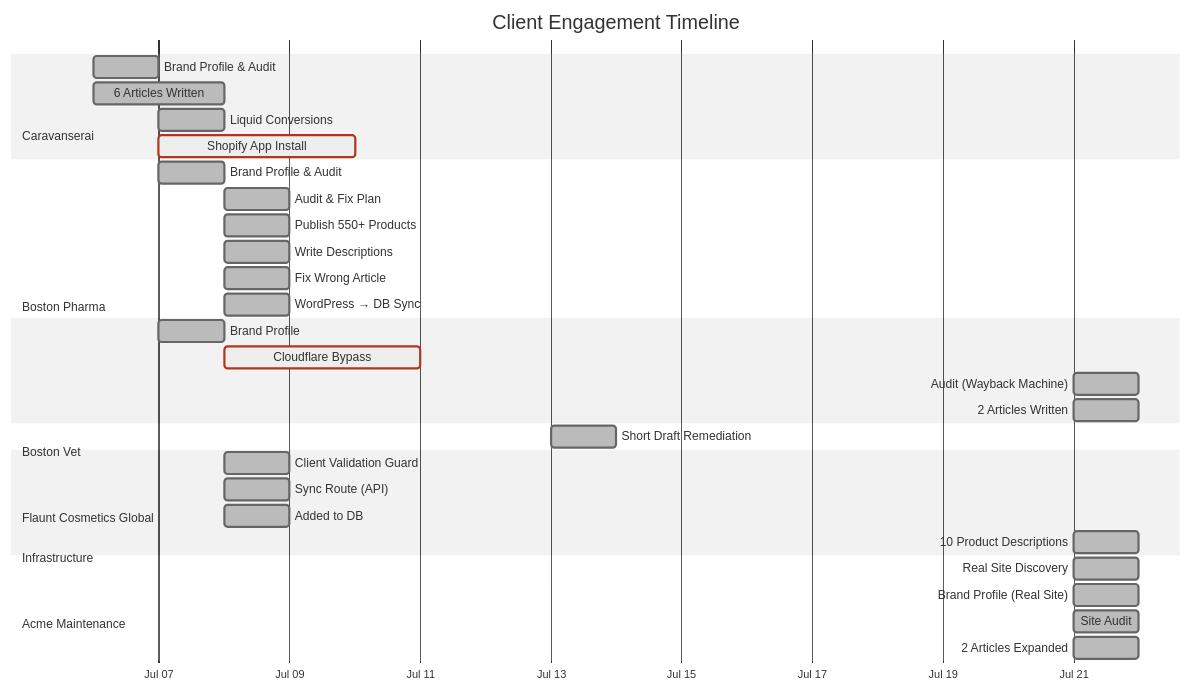
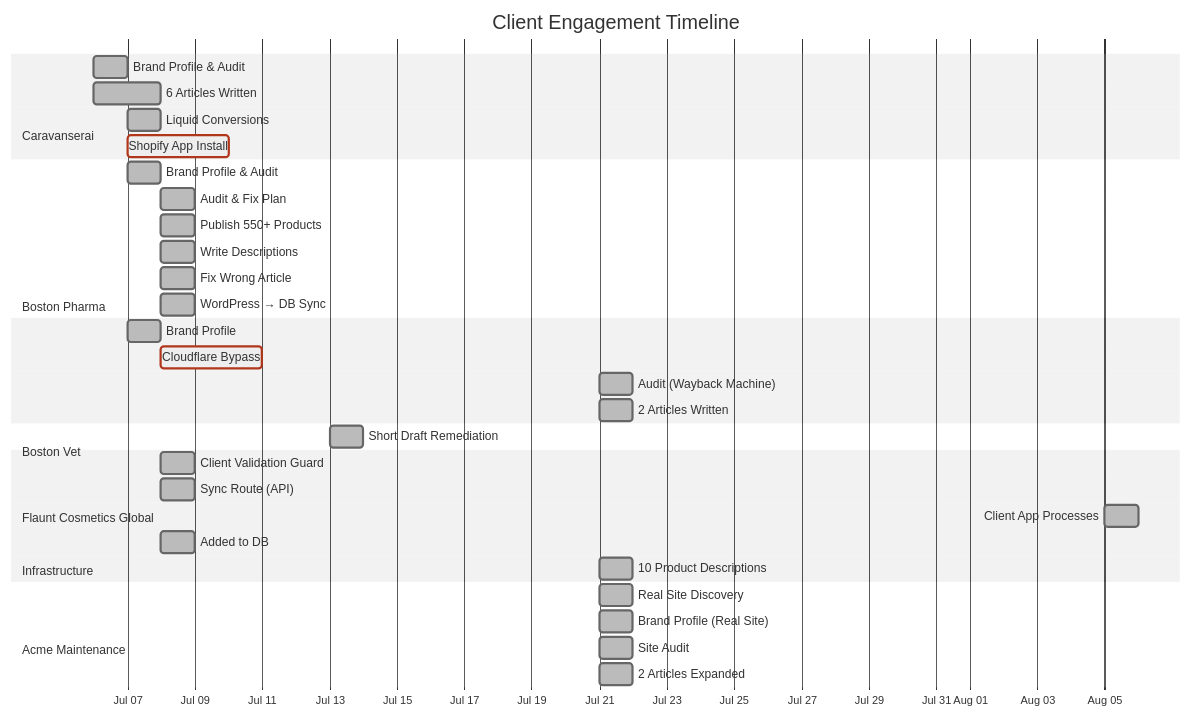
The diagram in doc/DASHBOARD.md (yusuf-mohamed0/tds-geo), drawn with Mermaid (neutral theme) before and after one commit. The commit also changed other lines of this file and 25 other files, not shown here.

Commit message:
Add client app process runbooks

````diff
--- a/doc/DASHBOARD.md
+++ b/doc/DASHBOARD.md
@@ -9,46 +17,47 @@
 ```mermaid
 gantt
     title Client Engagement Timeline
     dateFormat  YYYY-MM-DD
     axisFormat  %b %d
 
     section Caravanserai
     Brand Profile & Audit        :done, 2026-07-06, 1d
     6 Articles Written           :done, 2026-07-06, 2d
     Liquid Conversions           :done, 2026-07-07, 1d
     Shopify App Install          :crit, active, 2026-07-07, 3d
 
     section Boston Pharma
     Brand Profile & Audit        :done, 2026-07-07, 1d
     Audit & Fix Plan             :done, 2026-07-08, 1d
     Publish 550+ Products        :done, 2026-07-08, 1d
     Write Descriptions           :done, 2026-07-08, 1d
     Fix Wrong Article            :done, 2026-07-08, 1d
     WordPress → DB Sync          :done, 2026-07-08, 1d
 
     section Boston Vet
     Brand Profile                :done, 2026-07-07, 1d
     Cloudflare Bypass            :crit, active, 2026-07-08, 3d
     Audit (Wayback Machine)      :done, 2026-07-21, 1d
     2 Articles Written           :done, 2026-07-21, 1d
 
     section Flaunt Cosmetics Global
     Short Draft Remediation      :done, 2026-07-13, 1d
 
     section Infrastructure
     Client Validation Guard      :done, 2026-07-08, 1d
     Sync Route (API)             :done, 2026-07-08, 1d
+    Client App Processes         :done, 2026-08-05, 1d
 
     section Caravanserai
     Added to DB                  :done, 2026-07-08, 1d
     10 Product Descriptions      :done, 2026-07-21, 1d
 
     section Acme Maintenance
     Real Site Discovery          :done, 2026-07-21, 1d
     Brand Profile (Real Site)    :done, 2026-07-21, 1d
     Site Audit                   :done, 2026-07-21, 1d
 
     section Boston Pharma
     2 Articles Expanded          :done, 2026-07-21, 1d
 
 ```
````
